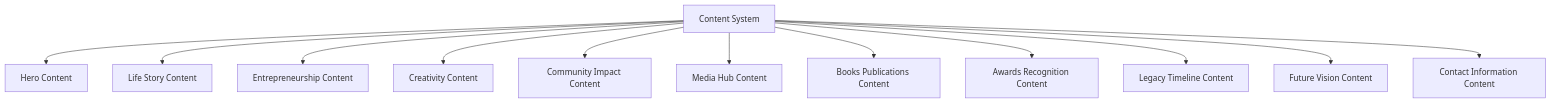
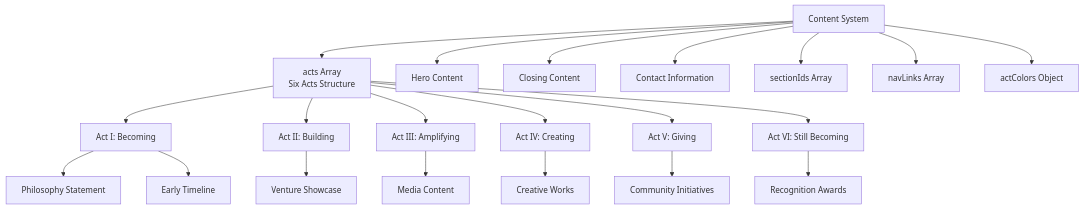
Before and after one commit to rakeshmaity271/frankie-picasso: the seventh of 12 diagrams in .qoder/repowiki/en/content/Application Architecture.md, drawn with Mermaid. The commit also changed other lines of this file and 18 other files, not shown here.

````diff
--- a/.qoder/repowiki/en/content/Application Architecture.md
+++ b/.qoder/repowiki/en/content/Application Architecture.md
@@ -417,14 +541,23 @@
 ```mermaid
 graph TB
-Content["Content System"] --> Hero["Hero Content"]
-Content --> Story["Life Story Content"]
-Content --> Ventures["Entrepreneurship Content"]
-Content --> Creativity["Creativity Content"]
-Content --> Community["Community Impact Content"]
-Content --> Media["Media Hub Content"]
-Content --> Books["Books Publications Content"]
-Content --> Awards["Awards Recognition Content"]
-Content --> Legacy["Legacy Timeline Content"]
-Content --> Vision["Future Vision Content"]
-Content --> Contact["Contact Information Content"]
+Content["Content System"] --> ActsArray["acts Array<br/>Six Acts Structure"]
+Content --> Hero["Hero Content"]
+Content --> Closing["Closing Content"]
+Content --> Contact["Contact Information"]
+Content --> SectionIds["sectionIds Array"]
+Content --> NavLinks["navLinks Array"]
+Content --> ActColors["actColors Object"]
+ActsArray --> Becoming["Act I: Becoming"]
+ActsArray --> Building["Act II: Building"]
+ActsArray --> Amplifying["Act III: Amplifying"]
+ActsArray --> Creating["Act IV: Creating"]
+ActsArray --> Giving["Act V: Giving"]
+ActsArray --> StillBecoming["Act VI: Still Becoming"]
+Becoming --> Philosophy["Philosophy Statement"]
+Becoming --> Timeline["Early Timeline"]
+Building --> Ventures["Venture Showcase"]
+Amplifying --> Shows["Media Content"]
+Creating --> Works["Creative Works"]
+Giving --> Initiatives["Community Initiatives"]
+StillBecoming --> Awards["Recognition Awards"]
 ```
````
